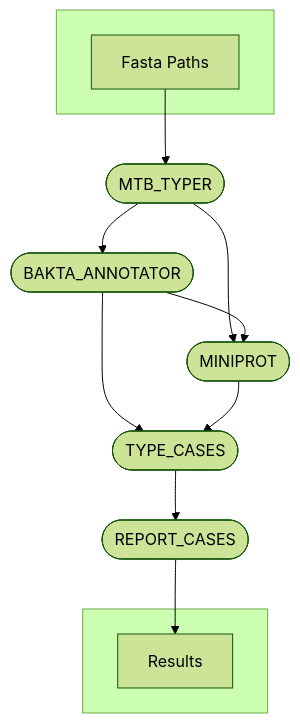
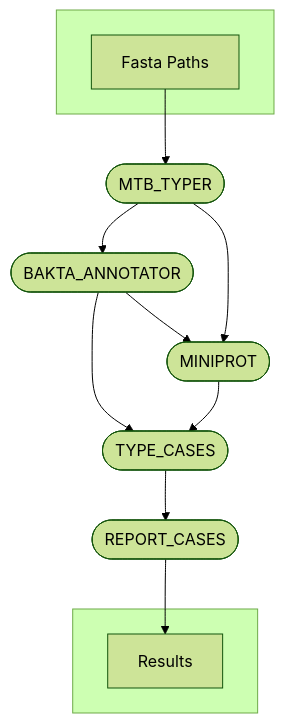
One commit to PathoGenOmics-Lab/AMAP changed the diagram in README.md. Above: the diagram before and after it, drawn with Mermaid. The commit also changed other lines of this file, not shown here.

Commit message:
updt badge, citations, and flow

````diff
--- a/README.md
+++ b/README.md
@@ -16,23 +17,23 @@
 ```mermaid
 %%{init: { 'theme': 'forest' } }%%
 flowchart TB
     subgraph " "
     v0["Fasta Paths"]
     end
     v3([MTB_TYPER])
     v4([BAKTA_ANNOTATOR])
     v6([MINIPROT])
     v8([TYPE_CASES])
     v10([REPORT_CASES])
     subgraph " "
     v11["Results"]
     end
     v0 --> v3
     v3 --> v4
+    v4 --> v6
     v3 --> v6
-    v4 --> v6
     v4 --> v8
     v6 --> v8
     v8 --> v10
     v10 --> v11
 ```
````
